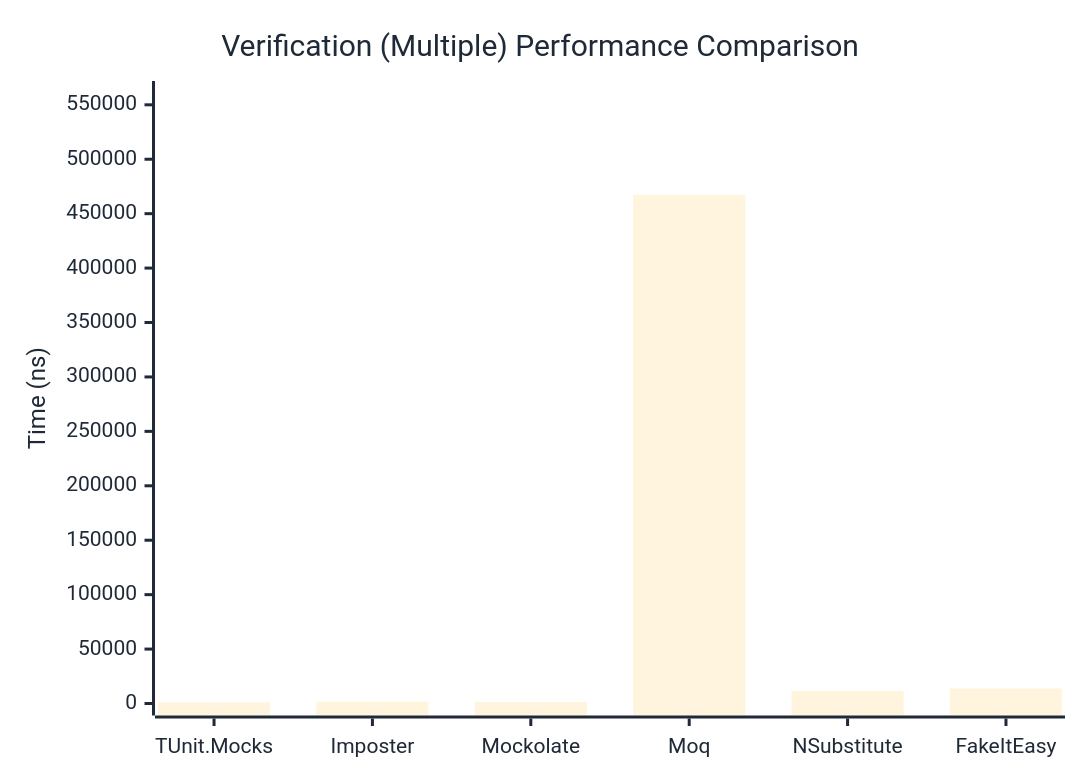
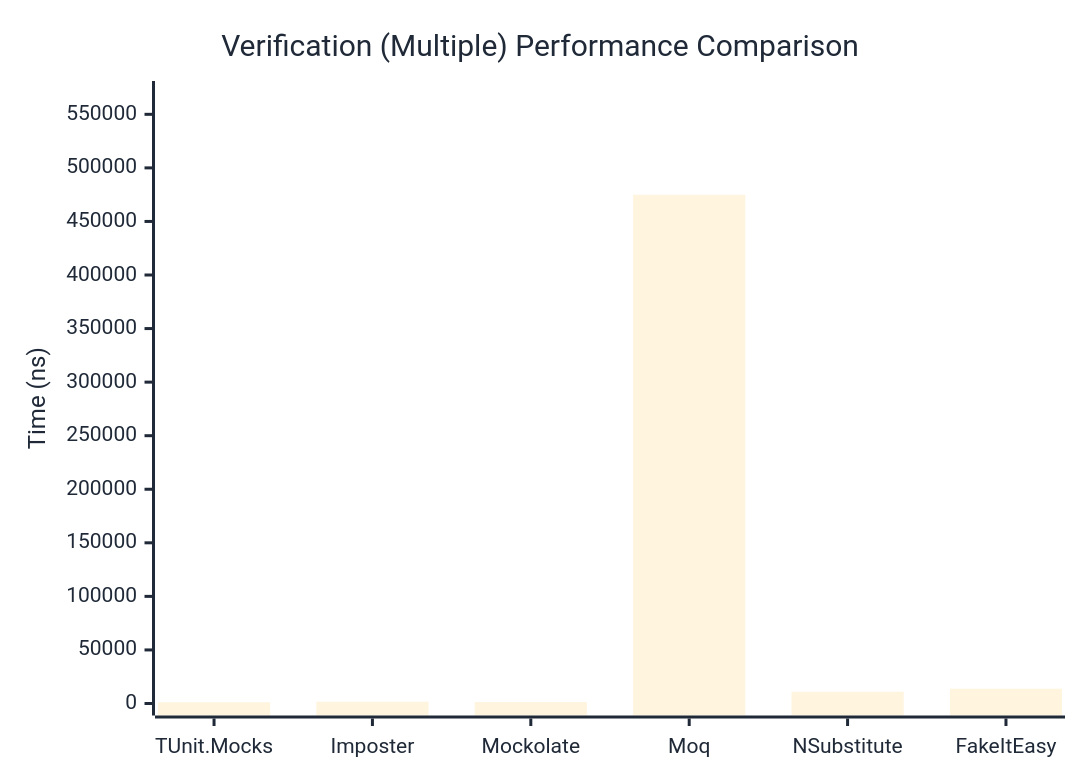
The third of 3 diagrams in docs/docs/benchmarks/mocks/Verification.md (weiyilai/TUnit), drawn with Mermaid before and after one commit. The commit also changed other lines of this file and 14 other files, not shown here.

````diff
--- a/docs/docs/benchmarks/mocks/Verification.md
+++ b/docs/docs/benchmarks/mocks/Verification.md
@@ -110,27 +110,27 @@
 ```mermaid
 %%{init: {
   'theme':'base',
   'themeVariables': {
     'primaryColor': '#2563eb',
     'primaryTextColor': '#1f2937',
     'primaryBorderColor': '#1e40af',
     'lineColor': '#6b7280',
     'secondaryColor': '#7c3aed',
     'tertiaryColor': '#dc2626',
     'background': '#ffffff',
     'pie1': '#2563eb',
     'pie2': '#7c3aed',
     'pie3': '#dc2626',
     'pie4': '#f59e0b',
     'pie5': '#10b981',
     'pie6': '#06b6d4',
     'pie7': '#ec4899',
     'pie8': '#6366f1'
   }
 }}%%
 xychart-beta
   title "Verification (Multiple) Performance Comparison"
   x-axis ["TUnit.Mocks", "Imposter", "Mockolate", "Moq", "NSubstitute", "FakeItEasy"]
-  y-axis "Time (ns)" 0 --> 560852
-  bar [1105.25, 1695.66, 1310.79, 467376, 11581.89, 13755.33]
+  y-axis "Time (ns)" 0 --> 569902
+  bar [1154.72, 1677.59, 1338.39, 474917.87, 10999.23, 13790.27]
 ```
````
